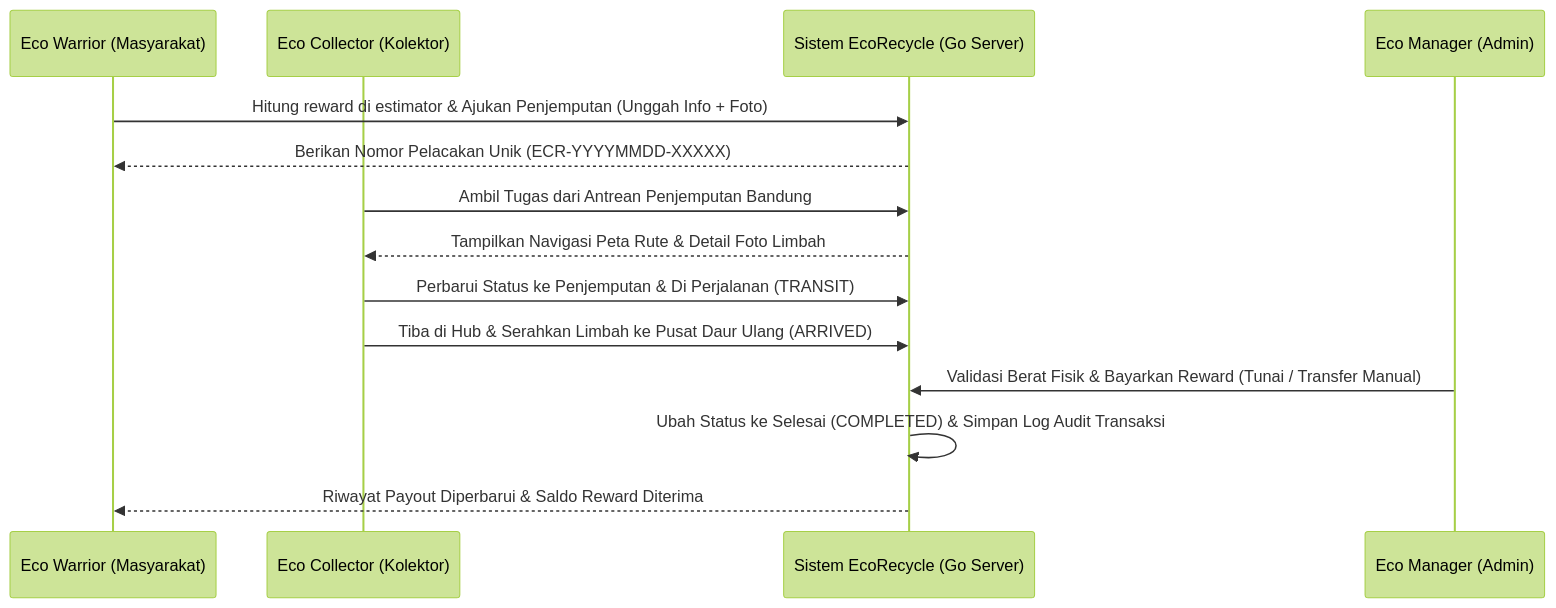
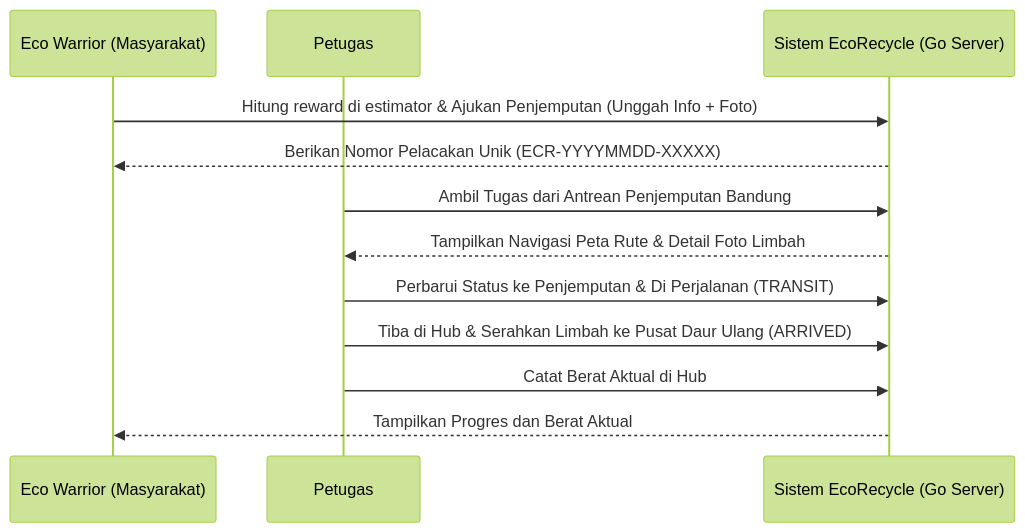
The diagram in README.md (azitriyadi/SAMPIRA), drawn with Mermaid (forest theme) before and after one commit. The commit also changed other lines of this file and 61 other files, not shown here.

````diff
--- a/README.md
+++ b/README.md
@@ -202,17 +200,15 @@
 ```mermaid
 sequenceDiagram
     participant User as Eco Warrior (Masyarakat)
-    participant Coll as Eco Collector (Kolektor)
+    participant Coll as Petugas
     participant Sys as Sistem EcoRecycle (Go Server)
-    participant Admin as Eco Manager (Admin)
  
     User->>Sys: Hitung reward di estimator & Ajukan Penjemputan (Unggah Info + Foto)
     Sys-->>User: Berikan Nomor Pelacakan Unik (ECR-YYYYMMDD-XXXXX)
     Coll->>Sys: Ambil Tugas dari Antrean Penjemputan Bandung
     Sys-->>Coll: Tampilkan Navigasi Peta Rute & Detail Foto Limbah
     Coll->>Sys: Perbarui Status ke Penjemputan & Di Perjalanan (TRANSIT)
     Coll->>Sys: Tiba di Hub & Serahkan Limbah ke Pusat Daur Ulang (ARRIVED)
-    Admin->>Sys: Validasi Berat Fisik & Bayarkan Reward (Tunai / Transfer Manual)
-    Sys->>Sys: Ubah Status ke Selesai (COMPLETED) & Simpan Log Audit Transaksi
-    Sys-->>User: Riwayat Payout Diperbarui & Saldo Reward Diterima
+    Coll->>Sys: Catat Berat Aktual di Hub
+    Sys-->>User: Tampilkan Progres dan Berat Aktual
 ```
````
